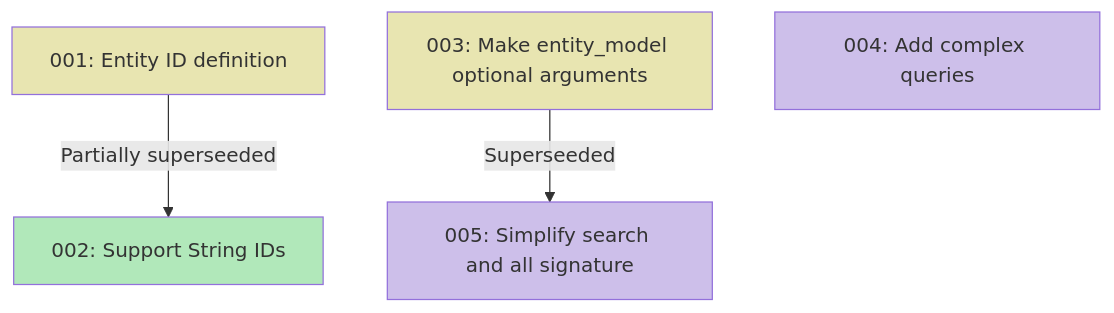
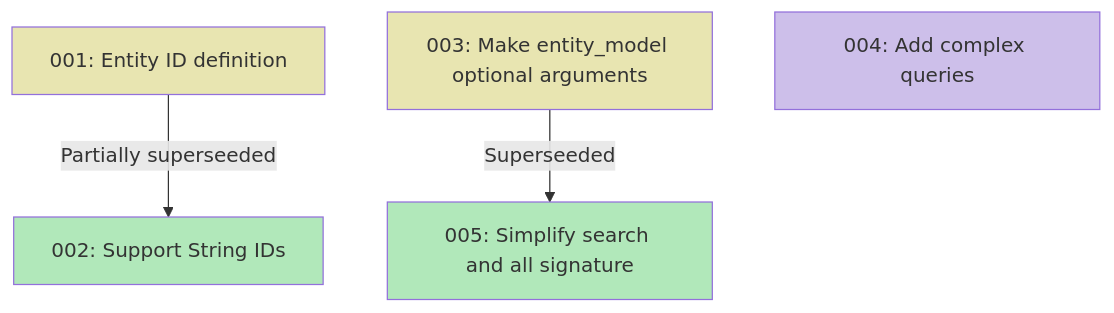
The diagram in docs/adr/adr.md (lyz-code/repository-orm), drawn with Mermaid before and after one commit. The commit also changed 13 other files, not shown here.

````diff
--- a/docs/adr/adr.md
+++ b/docs/adr/adr.md
@@ -5,30 +5,30 @@
 ```mermaid
 graph TD
     001[001: Entity ID definition]
     002[002: Support String IDs]
     003[003: Make entity_model optional arguments]
     004[004: Add complex queries]
     005[005: Simplify search and all signature]
 
     click 001 "https://lyz-code.github.io/repository-orm/adr/001-entity_id_definition/" _blank
     click 002 "https://lyz-code.github.io/repository-orm/adr/002-support_string_ids/" _blank
     click 003 "https://lyz-code.github.io/repository-orm/adr/003-make_entity_models_optional_arguments/" _blank
     click 004 "https://lyz-code.github.io/repository-orm/adr/004-add_complex_queries/" _blank
     click 005 "https://lyz-code.github.io/repository-orm/adr/005-simplify_search_and_all_signature/" _blank
 
     001 -- Partially superseeded --> 002
     003 -- Superseeded --> 005
 
     001:::superseeded
     002:::accepted
     003:::superseeded
     004:::draft
-    005:::draft
+    005:::accepted
 
     classDef draft fill:#CDBFEA;
     classDef proposed fill:#B1CCE8;
     classDef accepted fill:#B1E8BA;
     classDef rejected fill:#E8B1B1;
     classDef deprecated fill:#E8B1B1;
     classDef superseeded fill:#E8E5B1;
 ```
````
